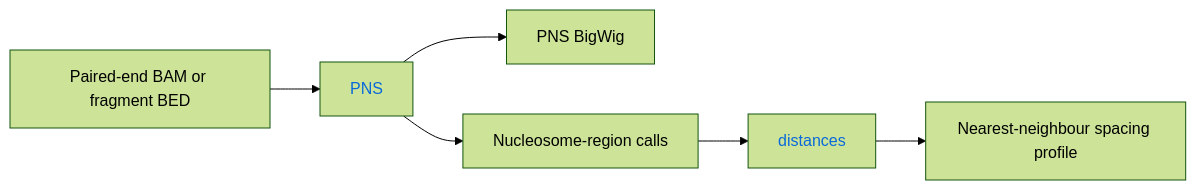
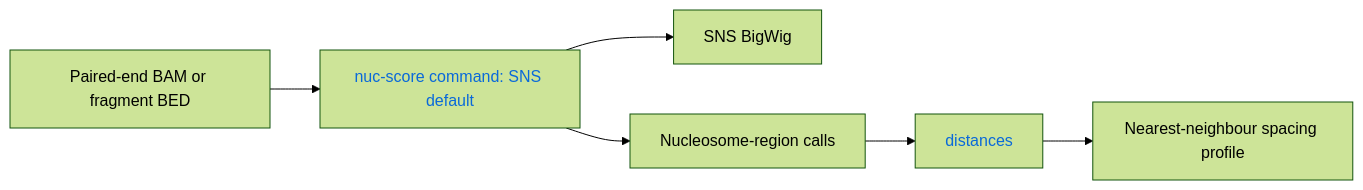
Before and after one commit to adjohnston85/NucleoSuite: the third of 18 diagrams in docs/WORKFLOWS.md, drawn with Mermaid (forest theme). The commit also changed other lines of this file and 63 other files, not shown here.

````diff
--- a/docs/WORKFLOWS.md
+++ b/docs/WORKFLOWS.md
@@ -59,13 +59,13 @@
 ```mermaid
 flowchart LR
-    A[Paired-end BAM or fragment BED] --> B[PNS]
-    B --> C[PNS BigWig]
+    A[Paired-end BAM or fragment BED] --> B[nuc-score command: SNS default]
+    B --> C[SNS BigWig]
     B --> D[Nucleosome-region calls]
     D --> E[distances]
     E --> F[Nearest-neighbour spacing profile]
 
     classDef commandLink color:#0969da,text-decoration:none;
     class B,E commandLink;
-    click B href "https://github.com/adjohnston85/NucleoSuite/blob/main/docs/commands/pns.md" "Open pns documentation"
+    click B href "https://github.com/adjohnston85/NucleoSuite/blob/main/docs/commands/nuc-score.md" "Open nuc-score documentation"
     click E href "https://github.com/adjohnston85/NucleoSuite/blob/main/docs/commands/distances.md" "Open distances documentation"
 ```
````
